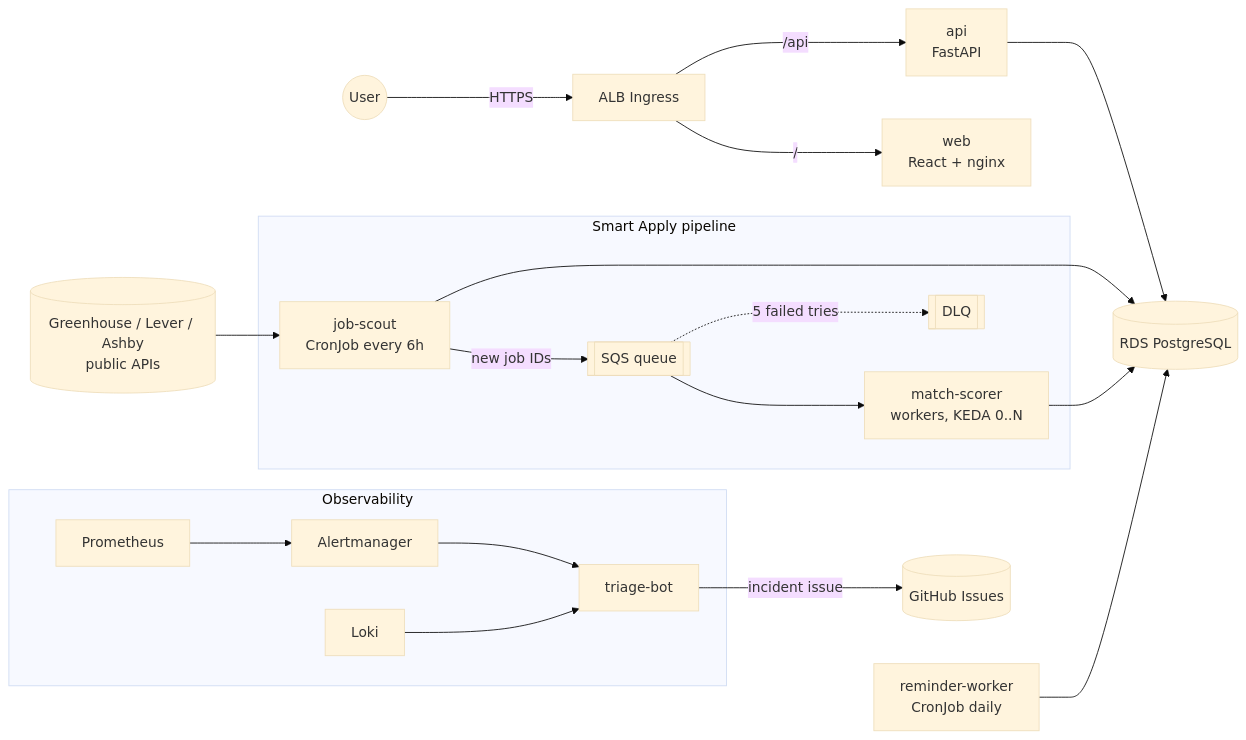
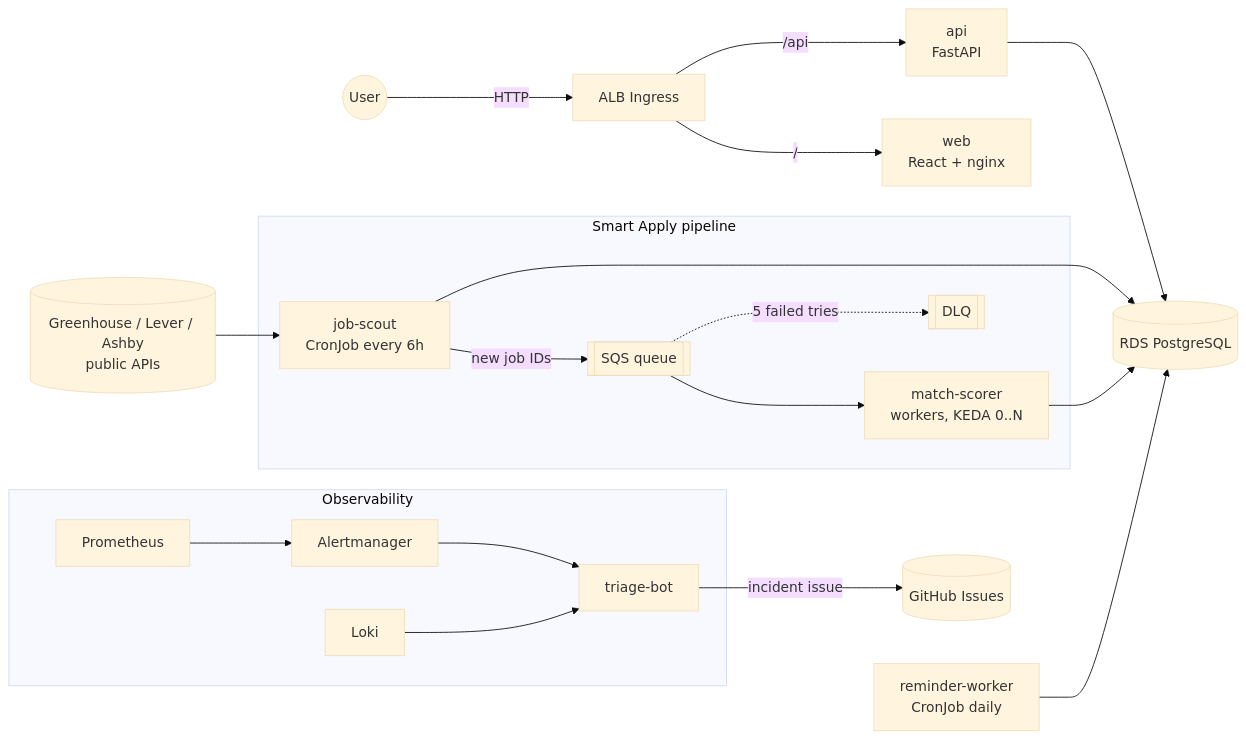
The third of 4 diagrams in README.md (Abhas16/hiretrack-platform), drawn with Mermaid (base theme) before and after one commit. The commit also changed other lines of this file, not shown here.

First line of the commit message:
docs(readme): rewrite for recruiters: product flow, Smart Apply, triage-bot, frontend, platform

````diff
--- a/README.md
+++ b/README.md
@@ -16,23 +139,23 @@
 ```mermaid
 flowchart LR
-    user((User)) -->|HTTPS| alb[ALB Ingress]
+    user((User)) -->|HTTP| alb[ALB Ingress]
     alb -->|/| web[web<br/>React + nginx]
     alb -->|/api| api[api<br/>FastAPI]
     api --> rds[(RDS PostgreSQL)]
 
     subgraph smart[Smart Apply pipeline]
       scout[job-scout<br/>CronJob every 6h] -->|new job IDs| sqs[[SQS queue]]
       sqs --> scorer[match-scorer<br/>workers, KEDA 0..N]
       sqs -. 5 failed tries .-> dlq[[DLQ]]
     end
     boards[(Greenhouse / Lever / Ashby<br/>public APIs)] --> scout
     scout --> rds
     scorer --> rds
     reminder[reminder-worker<br/>CronJob daily] --> rds
 
     subgraph obs[Observability]
       prom[Prometheus] --> am[Alertmanager] --> triage[triage-bot]
       loki[Loki] --> triage
     end
     triage -->|incident issue| gh[(GitHub Issues)]
 ```
````
